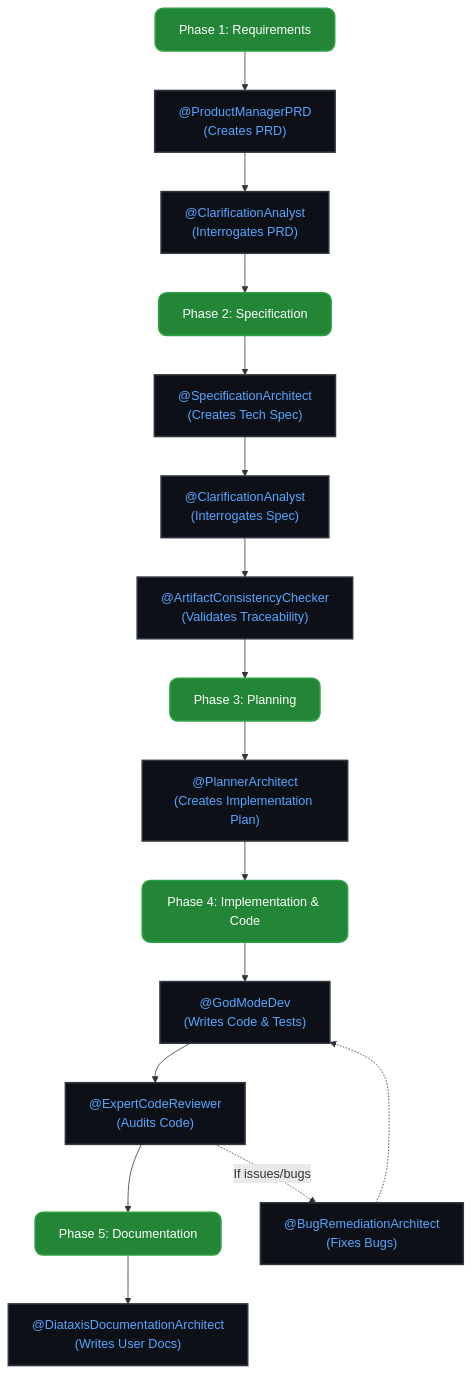
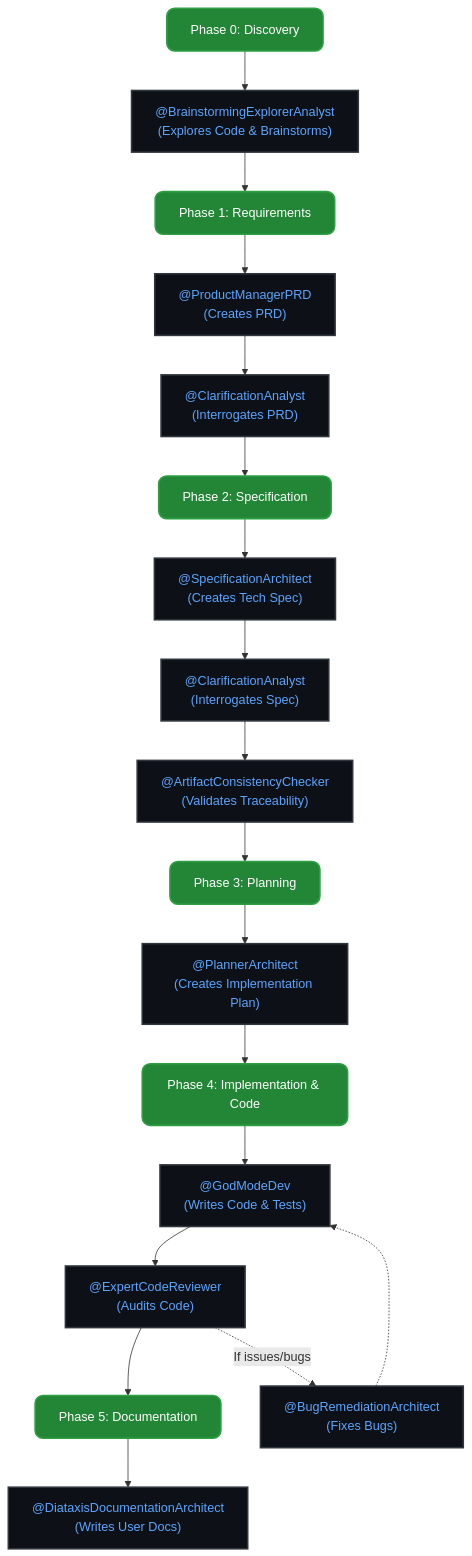
One commit to GulajavaMinistudio/awesome-copilot-id changed the diagram in README.md. Above: the diagram before and after it, drawn with Mermaid. The commit also changed other lines of this file, not shown here.

Commit message:
Add Brainstorming Explorer Analyst role and associated skills to enhance project discovery phase

````diff
--- a/README.md
+++ b/README.md
@@ -186,49 +190,54 @@
 ```mermaid
 graph TD
     %% Define Styles
     classDef agent fill:#0d1117,color:#58a6ff,stroke:#30363d,stroke-width:2px;
     classDef phase fill:#238636,color:#ffffff,stroke:#2ea043,stroke-width:2px,rx:10px,ry:10px;
 
     %% Nodes
+    Phase0[Phase 0: Discovery]:::phase
     Phase1[Phase 1: Requirements]:::phase
     Phase2[Phase 2: Specification]:::phase
     Phase3[Phase 3: Planning]:::phase
     Phase4[Phase 4: Implementation & Code]:::phase
     Phase5[Phase 5: Documentation]:::phase
 
+    AgentBEA["@BrainstormingExplorerAnalyst<br/>(Explores Code & Brainstorms)"]:::agent
     AgentPM["@ProductManagerPRD<br/>(Creates PRD)"]:::agent
     AgentCA1["@ClarificationAnalyst<br/>(Interrogates PRD)"]:::agent
 
     AgentSA["@SpecificationArchitect<br/>(Creates Tech Spec)"]:::agent
     AgentCA2["@ClarificationAnalyst<br/>(Interrogates Spec)"]:::agent
     AgentACC["@ArtifactConsistencyChecker<br/>(Validates Traceability)"]:::agent
 
     AgentPA["@PlannerArchitect<br/>(Creates Implementation Plan)"]:::agent
 
     AgentGMD["@GodModeDev<br/>(Writes Code & Tests)"]:::agent
     AgentECR["@ExpertCodeReviewer<br/>(Audits Code)"]:::agent
     AgentBRA["@BugRemediationArchitect<br/>(Fixes Bugs)"]:::agent
 
     AgentDDA["@DiataxisDocumentationArchitect<br/>(Writes User Docs)"]:::agent
 
     %% Flow
+    Phase0 --> AgentBEA
+    AgentBEA --> Phase1
+
     Phase1 --> AgentPM
     AgentPM --> AgentCA1
     AgentCA1 --> Phase2
 
     Phase2 --> AgentSA
     AgentSA --> AgentCA2
     AgentCA2 --> AgentACC
     AgentACC --> Phase3
 
     Phase3 --> AgentPA
     AgentPA --> Phase4
 
     Phase4 --> AgentGMD
     AgentGMD --> AgentECR
     AgentECR -.->|If issues/bugs| AgentBRA
     AgentBRA -.-> AgentGMD
     AgentECR --> Phase5
 
     Phase5 --> AgentDDA
 ```
````
